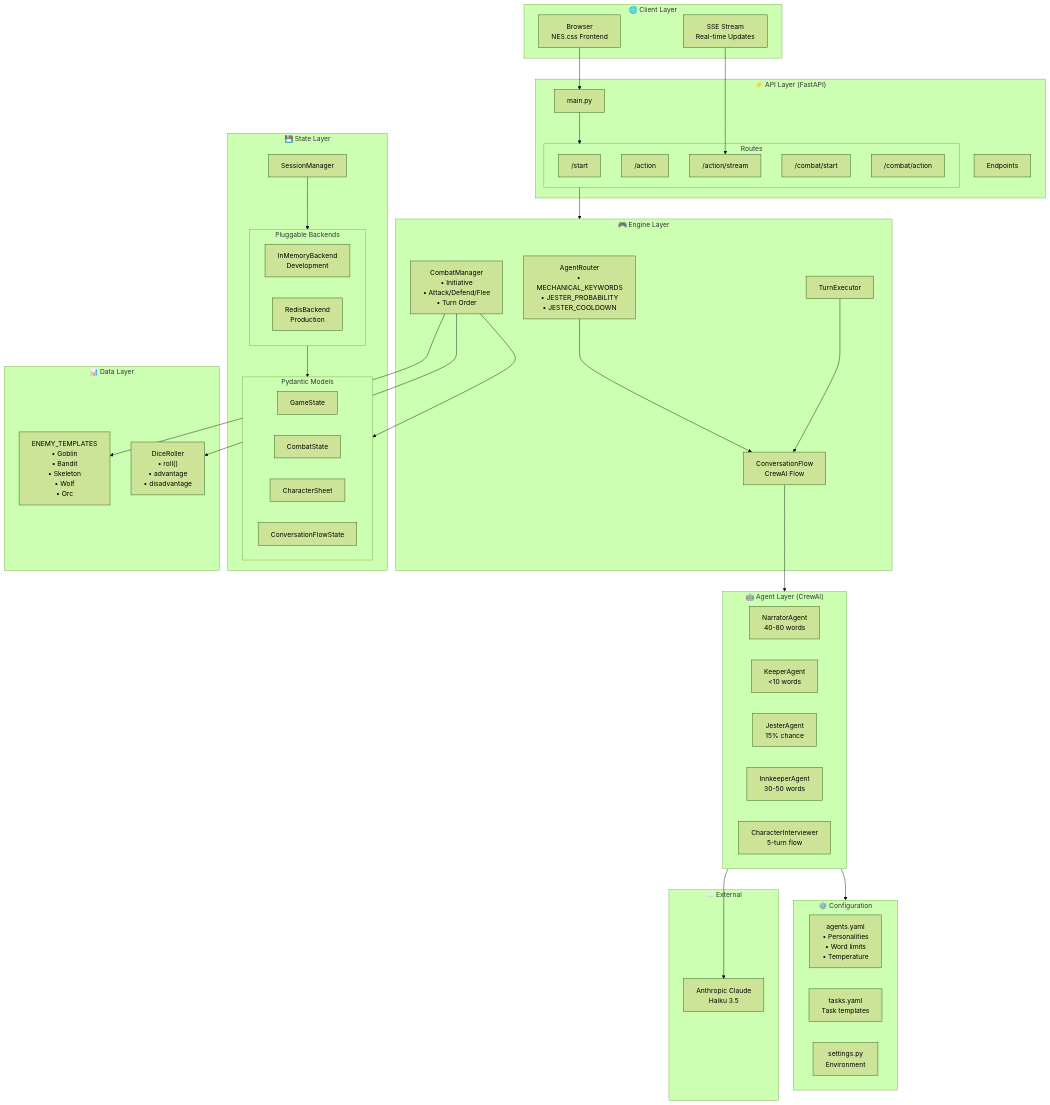
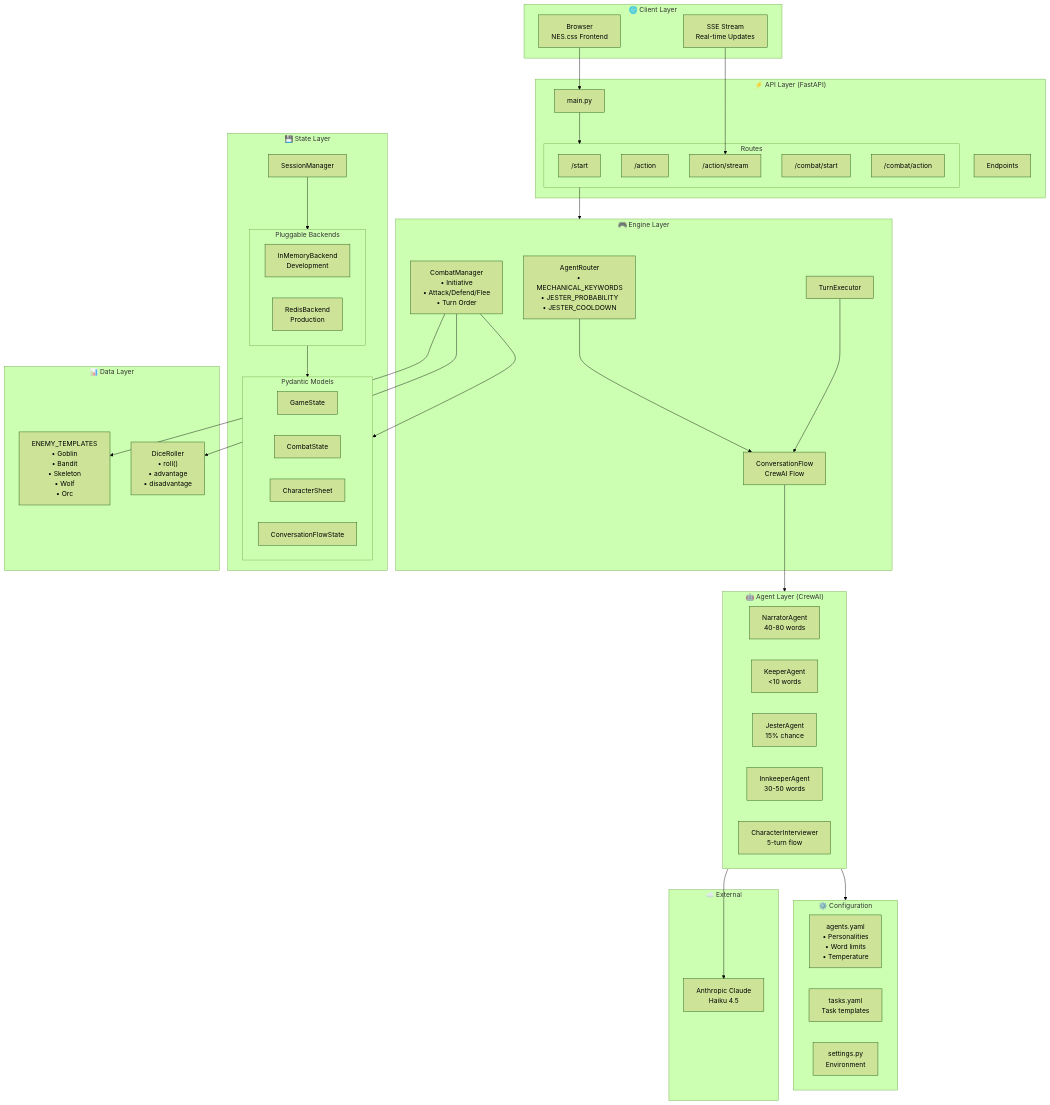
One commit to darth-dodo/pocket-portals changed the first of 8 diagrams in docs/architecture-diagrams.md. Above: the diagram before and after it, drawn with Mermaid (forest theme). The commit also changed other lines of this file and 21 other files, not shown here.

```diff
--- a/docs/architecture-diagrams.md
+++ b/docs/architecture-diagrams.md
@@ -84,7 +84,7 @@
     end
 
     subgraph External["☁️ External"]
-        Claude["Anthropic Claude<br/>Haiku 3.5"]
+        Claude["Anthropic Claude<br/>Haiku 4.5"]
     end
 
     Browser --> Main
```
